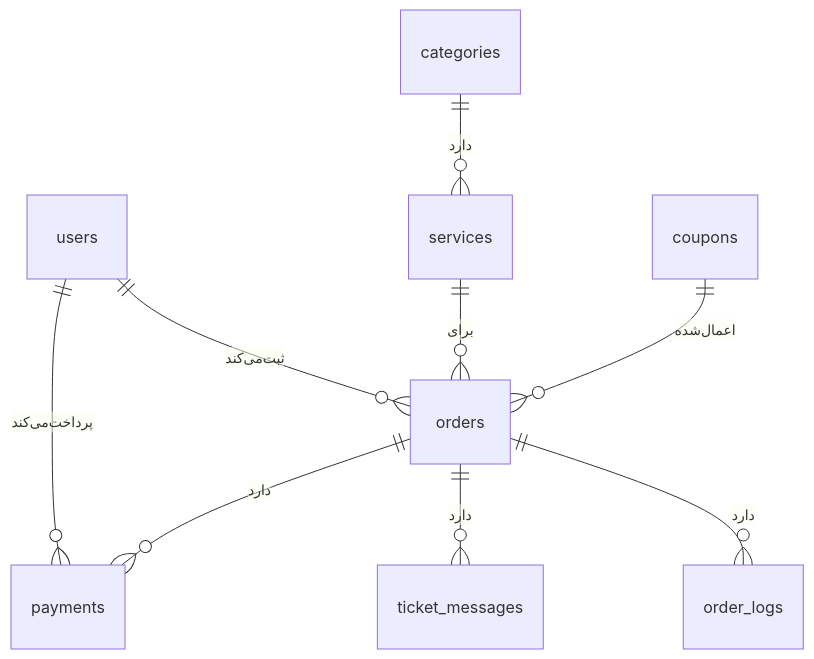
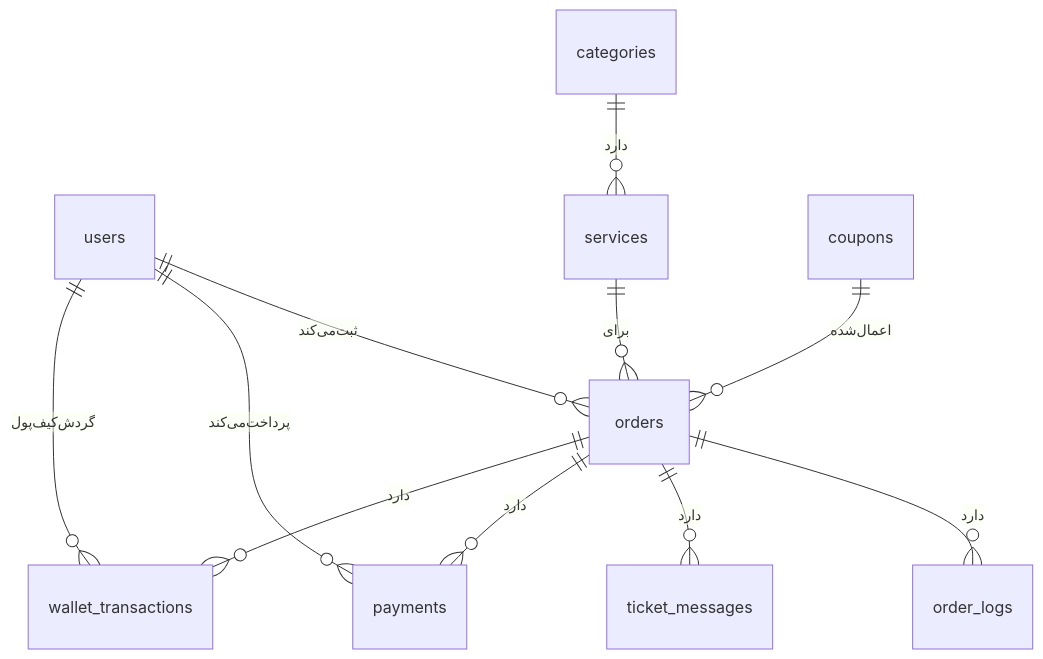
Before and after one commit to ehsanerfani98/caffenet-laravel: the third of 5 diagrams in docs/PROJECT_DOCUMENTATION.md, drawn with Mermaid. The commit also changed other lines of this file and 27 other files, not shown here.

````diff
--- a/docs/PROJECT_DOCUMENTATION.md
+++ b/docs/PROJECT_DOCUMENTATION.md
@@ -365,11 +366,13 @@
 ```mermaid
 erDiagram
   users ||--o{ orders : ثبت‌می‌کند
   users ||--o{ payments : پرداخت‌می‌کند
+  users ||--o{ wallet_transactions : گردش‌کیف‌پول
   categories ||--o{ services : دارد
   services ||--o{ orders : برای
   orders ||--o{ order_logs : دارد
   orders ||--o{ ticket_messages : دارد
   orders ||--o{ payments : دارد
+  orders ||--o{ wallet_transactions : دارد
   coupons ||--o{ orders : اعمال‌شده
 ```
````
